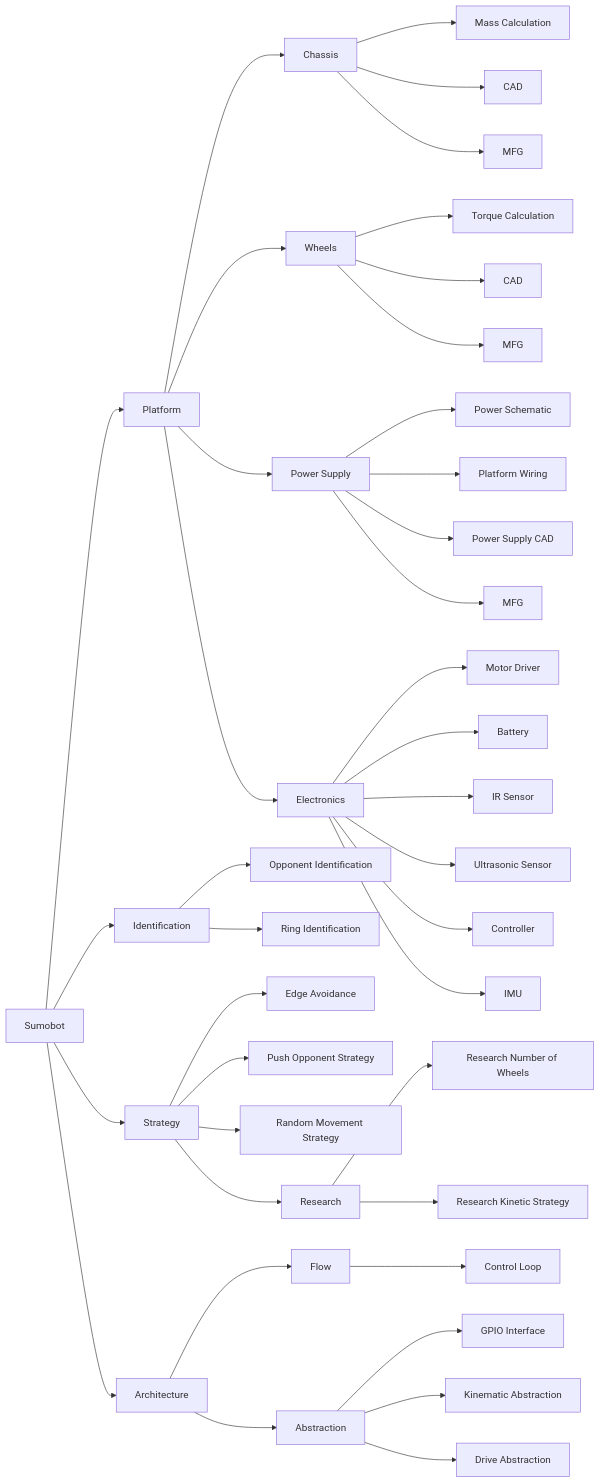
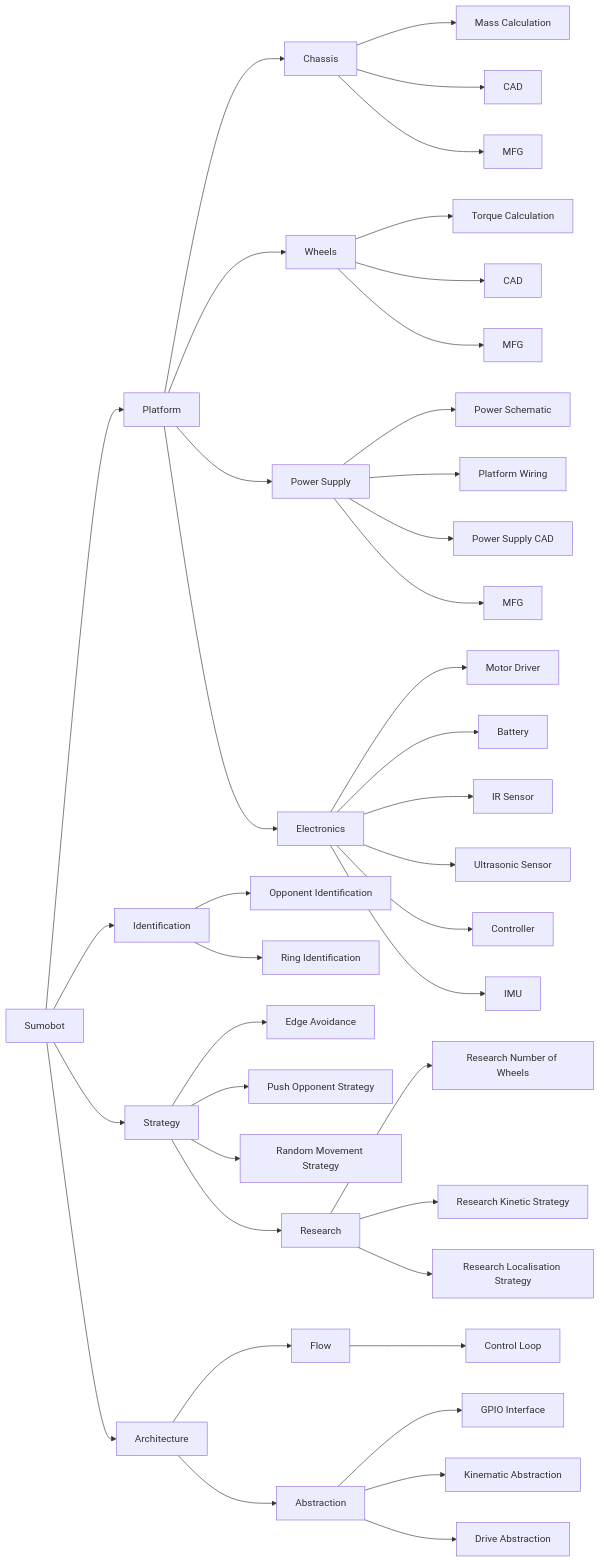
Before and after one commit to dennuguyen/sumoltaneous-equations: the diagram in README.md, drawn with Mermaid.

Commit message:
Add research work package.

````diff
--- a/README.md
+++ b/README.md
@@ -17,51 +17,52 @@
 ```mermaid
 graph LR
     Sumobot
     Sumobot --> Platform
     Sumobot --> Identification
     Sumobot --> Strategy
     Sumobot --> Architecture
 
     Identification --> opp[Opponent Identification]
     Identification --> ring[Ring Identification]
 
     Architecture --> Flow
     Flow --> control_loop[Control Loop]
 
     Architecture --> Abstraction
     Abstraction --> gpio_interface[GPIO Interface]
     Abstraction --> kinematic_abstraction[Kinematic Abstraction]
     Abstraction --> drive_abstraction[Drive Abstraction]
 
     Strategy --> avoidance[Edge Avoidance]
     Strategy --> push[Push Opponent Strategy]
     Strategy --> random[Random Movement Strategy]
 
     Strategy --> strategy_research[Research]
     strategy_research --> research_number_wheels[Research Number of Wheels]
     strategy_research --> research_kinetic[Research Kinetic Strategy]
+    strategy_research --> research_localisation[Research Localisation Strategy]
 
     Platform --> Chassis
     Chassis --> chassis_mass[Mass Calculation]
     Chassis --> chassis_cad[CAD]
     Chassis --> chassis_mfg[MFG]
 
     Platform --> Wheels
     Wheels --> wheel_torque[Torque Calculation]
     Wheels --> wheels_cad[CAD]
     Wheels --> wheels_mfg[MFG]
 
     Platform --> power[Power Supply]
     power --> power_schematic[Power Schematic]
     power --> Wiring[Platform Wiring]
     power --> power_cad[Power Supply CAD]
     power --> mfg_power[MFG]
 
     Platform --> Electronics
     Electronics --> motor_driver[Motor Driver]
     Electronics --> battery[Battery]
     Electronics --> ir_sensor[IR Sensor]
     Electronics --> ultrasonic_sensor[Ultrasonic Sensor]
     Electronics --> arduino[Controller]
     Electronics --> imu[IMU]
 ```
````
